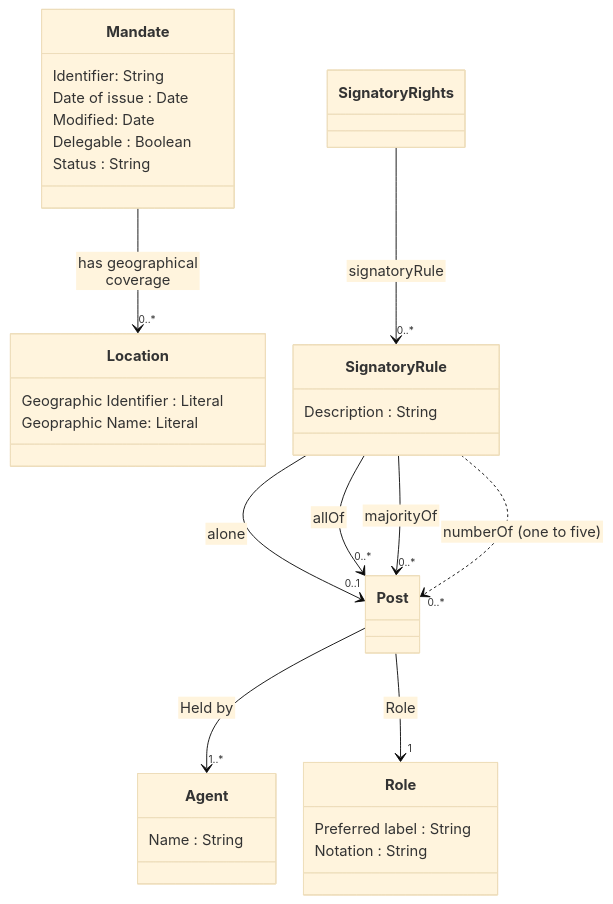
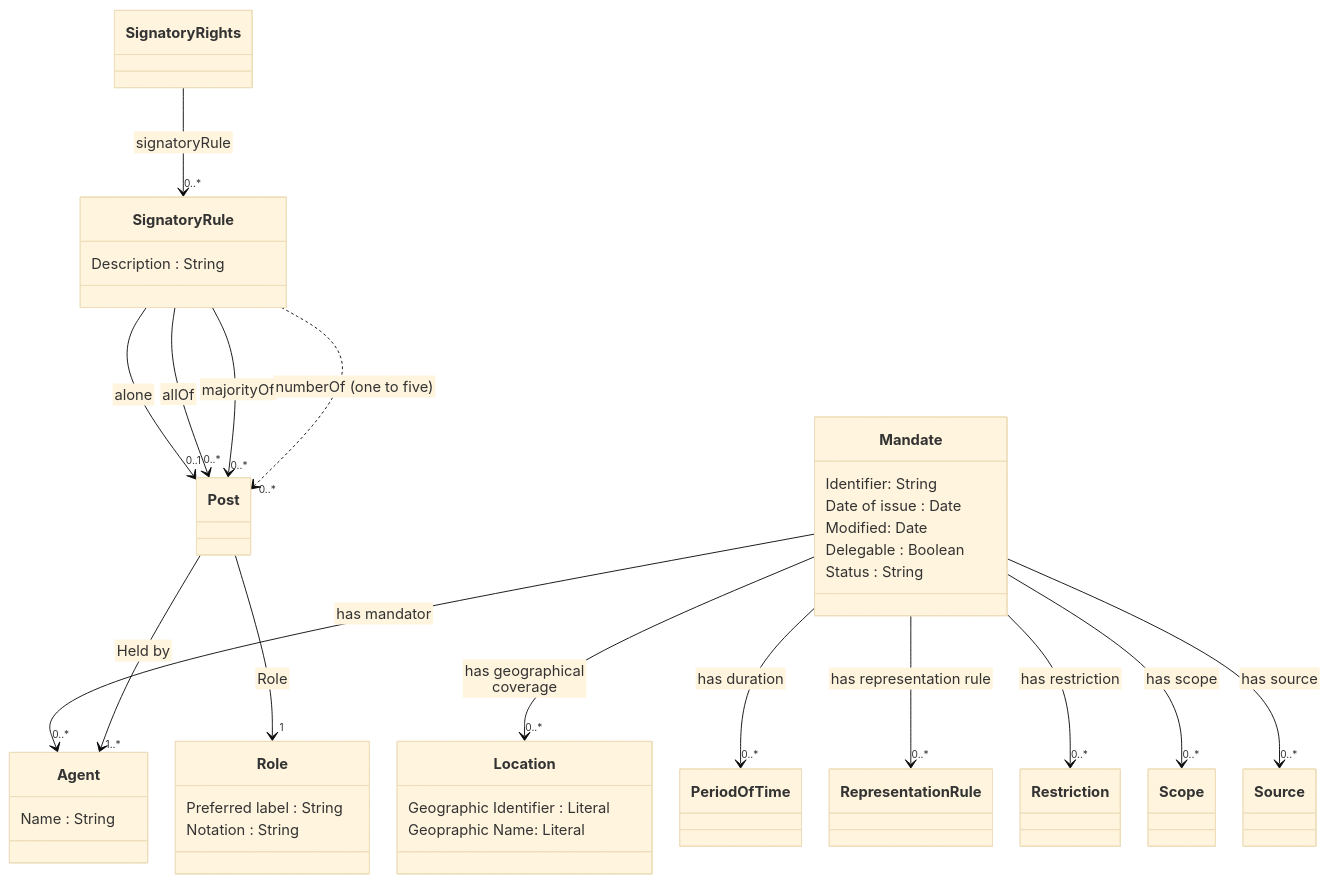
The diagram in README.md (nordicsmartgovernment/Nordic-Signatory-Rights-Model), drawn with Mermaid (base theme) before and after one commit.

````diff
--- a/README.md
+++ b/README.md
@@ -22,47 +22,53 @@
 ```mermaid
  %%{init:{'flowchart':{'nodeSpacing': 30, 'rankSpacing': 95, 'htmlLabels': false}}}%%
     classDiagram
        
         class Mandate {
             Identifier: String
             Date of issue : Date
             Modified: Date
             Delegable : Boolean
             Status : String
         }
 
         Mandate --> "0..*" Location : has geographical coverage
+        Mandate --> "0..*" Agent : has mandator
+        Mandate --> "0..*" Period Of Time : has duration
+        Mandate --> "0..*" Representation Rule : has representation rule
+        Mandate --> "0..*" Restriction : has restriction
+        Mandate --> "0..*" Scope : has scope
+        Mandate --> "0..*" Source : has source
 
         class Location {
             Geographic Identifier : Literal
             Geopraphic Name: Literal
         }
 
         SignatoryRights --> "0..*" SignatoryRule : signatoryRule
 
         class SignatoryRule {
             Description : String
         }
 
         SignatoryRule --> "0..1" Post : alone
         SignatoryRule --> "0..*" Post : allOf
         SignatoryRule --> "0..*" Post : majorityOf
         SignatoryRule ..> "0..*" Post : numberOf (one to five)
 
         class Post {
 
         }
 
         Post --> "1..*" Agent : Held by
         Post --> "1" Role : Role
 
         class Role {
             Preferred label : String
             Notation : String
         }
 
         class Agent {
             Name : String
         }
 
 ```
````
